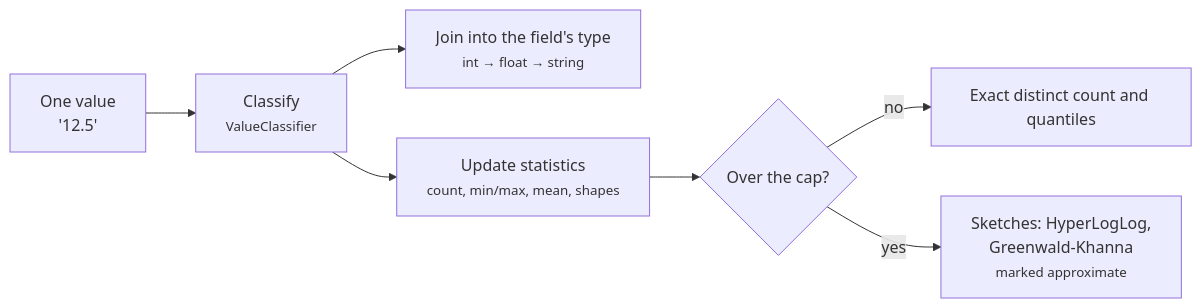
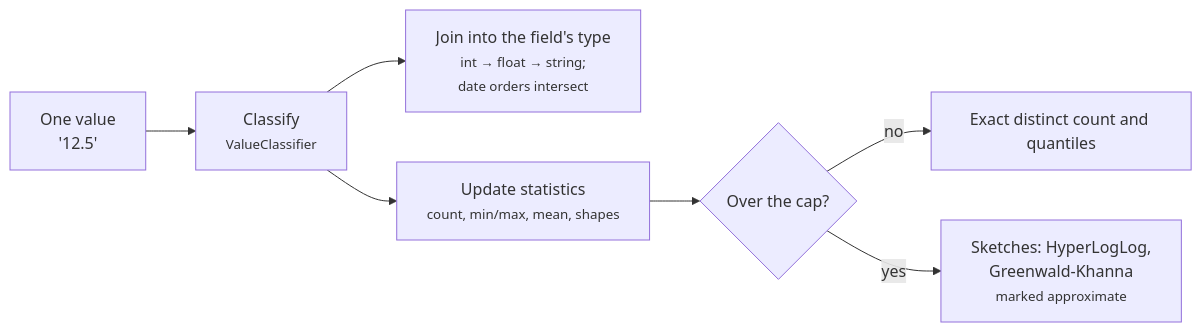
Before and after one commit to squalor-xyz/squalify: the fifth of 10 diagrams in docs/how-it-works.md, drawn with Mermaid. The commit also changed other lines of this file and 34 other files, not shown here.

First line of the commit message:
Sample-data review: adopt findings into roadmap and design

````diff
--- a/docs/how-it-works.md
+++ b/docs/how-it-works.md
@@ -77,9 +84,9 @@
 ```mermaid
 flowchart LR
     V["One value<br/>'12.5'"] --> C["Classify<br/><small>ValueClassifier</small>"]
-    C --> T["Join into the field's type<br/><small>int → float → string</small>"]
+    C --> T["Join into the field's type<br/><small>int → float → string;<br/>date orders intersect</small>"]
     C --> St["Update statistics<br/><small>count, min/max, mean, shapes</small>"]
     St --> X{"Over the cap?"}
     X -- "no" --> Exact["Exact distinct count and quantiles"]
     X -- "yes" --> Sk["Sketches: HyperLogLog,<br/>Greenwald-Khanna<br/><small>marked approximate</small>"]
 ```
````
